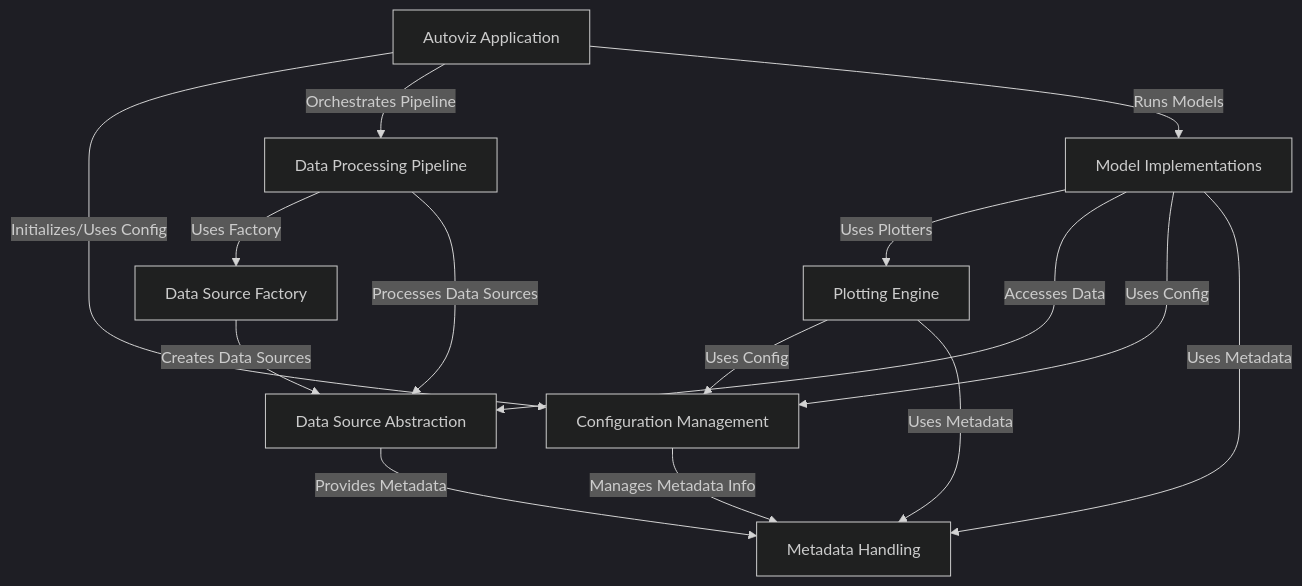
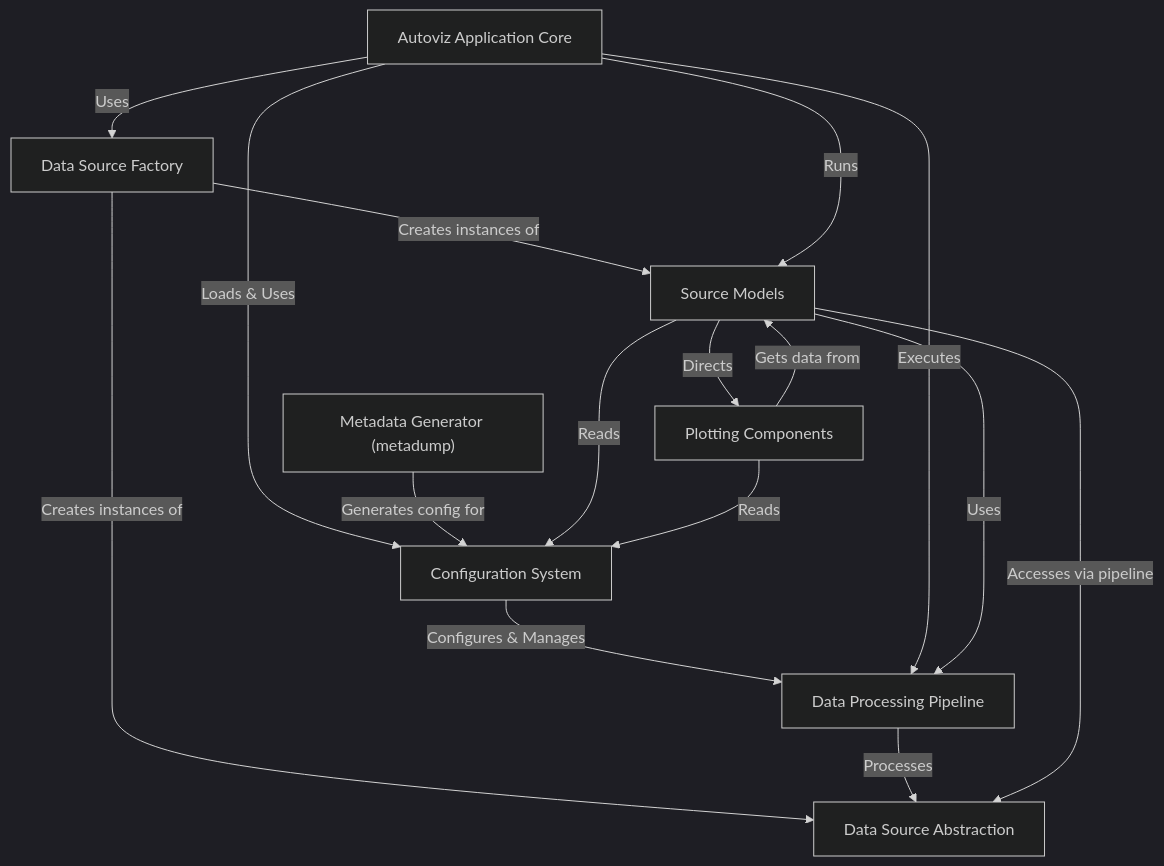
One commit to cacruz/eviz-dev changed the diagram in docs/tutorial/index.md. Above: the diagram before and after it, drawn with Mermaid (dark theme). The commit also changed other lines of this file and 15 other files, not shown here.

````diff
--- a/docs/tutorial/index.md
+++ b/docs/tutorial/index.md
@@ -13,33 +14,34 @@
 ```{mermaid}
 flowchart TD
-    A0["Autoviz Application
+    A0["Configuration System
 "]
-    A1["Configuration Management
+    A1["Data Source Abstraction
 "]
     A2["Data Processing Pipeline
 "]
-    A3["Data Source Abstraction
+    A3["Source Models
 "]
-    A4["Model Implementations
+    A4["Data Source Factory
 "]
-    A5["Plotting Engine
+    A5["Plotting Components
 "]
-    A6["Data Source Factory
+    A6["Autoviz Application Core
 "]
-    A7["Metadata Handling
+    A7["Metadata Generator (metadump)
 "]
-    A0 -- "Initializes/Uses Config" --> A1
-    A0 -- "Orchestrates Pipeline" --> A2
-    A0 -- "Runs Models" --> A4
-    A1 -- "Manages Metadata Info" --> A7
-    A2 -- "Uses Factory" --> A6
-    A2 -- "Processes Data Sources" --> A3
-    A3 -- "Provides Metadata" --> A7
-    A4 -- "Uses Plotters" --> A5
-    A4 -- "Accesses Data" --> A3
-    A4 -- "Uses Config" --> A1
-    A4 -- "Uses Metadata" --> A7
-    A5 -- "Uses Config" --> A1
-    A5 -- "Uses Metadata" --> A7
-    A6 -- "Creates Data Sources" --> A3
+    A6 -- "Loads & Uses" --> A0
+    A7 -- "Generates config for" --> A0
+    A0 -- "Configures & Manages" --> A2
+    A6 -- "Uses" --> A4
+    A4 -- "Creates instances of" --> A3
+    A4 -- "Creates instances of" --> A1
+    A6 -- "Runs" --> A3
+    A6 -- "Executes" --> A2
+    A3 -- "Uses" --> A2
+    A2 -- "Processes" --> A1
+    A3 -- "Accesses via pipeline" --> A1
+    A3 -- "Reads" --> A0
+    A5 -- "Reads" --> A0
+    A3 -- "Directs" --> A5
+    A5 -- "Gets data from" --> A3
 ```
````
